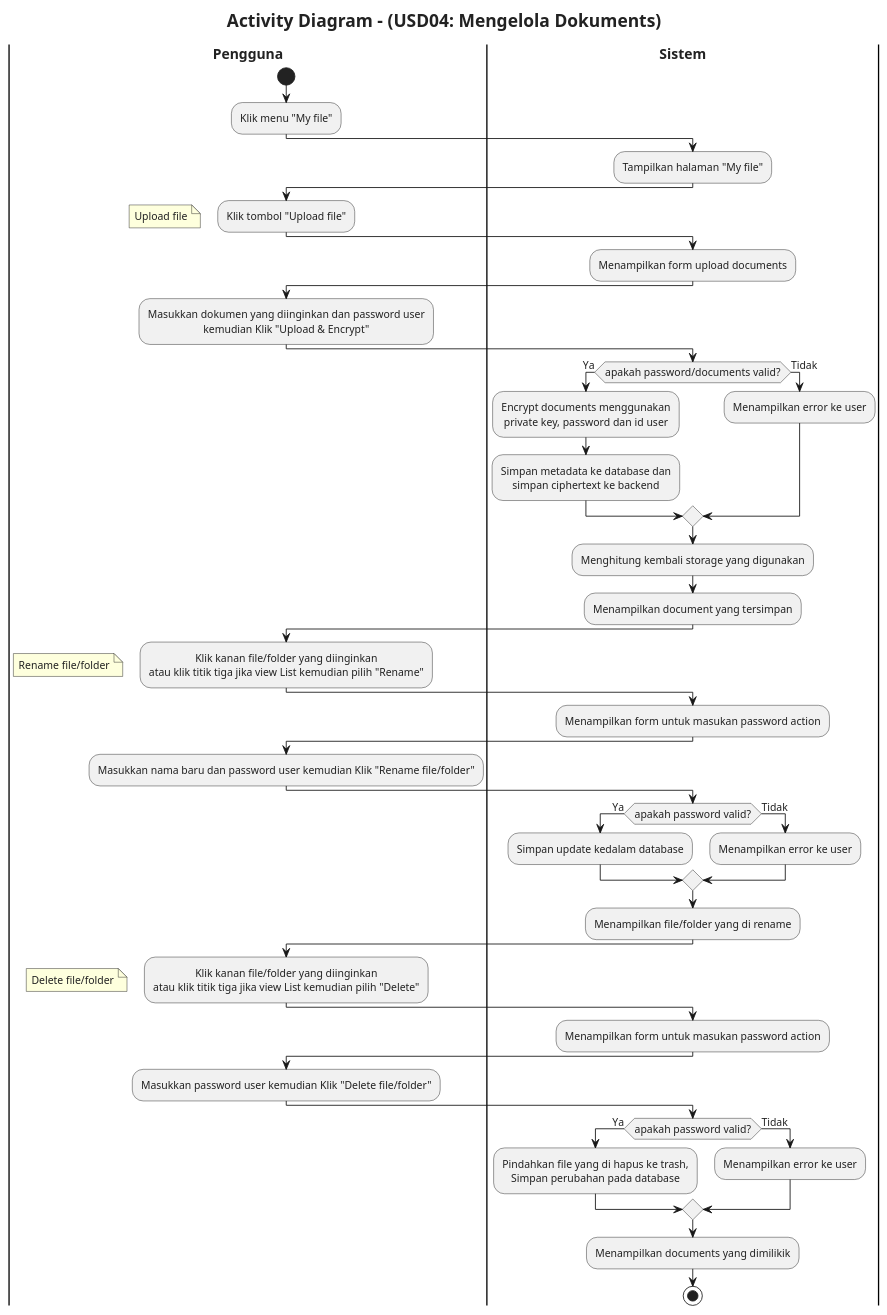
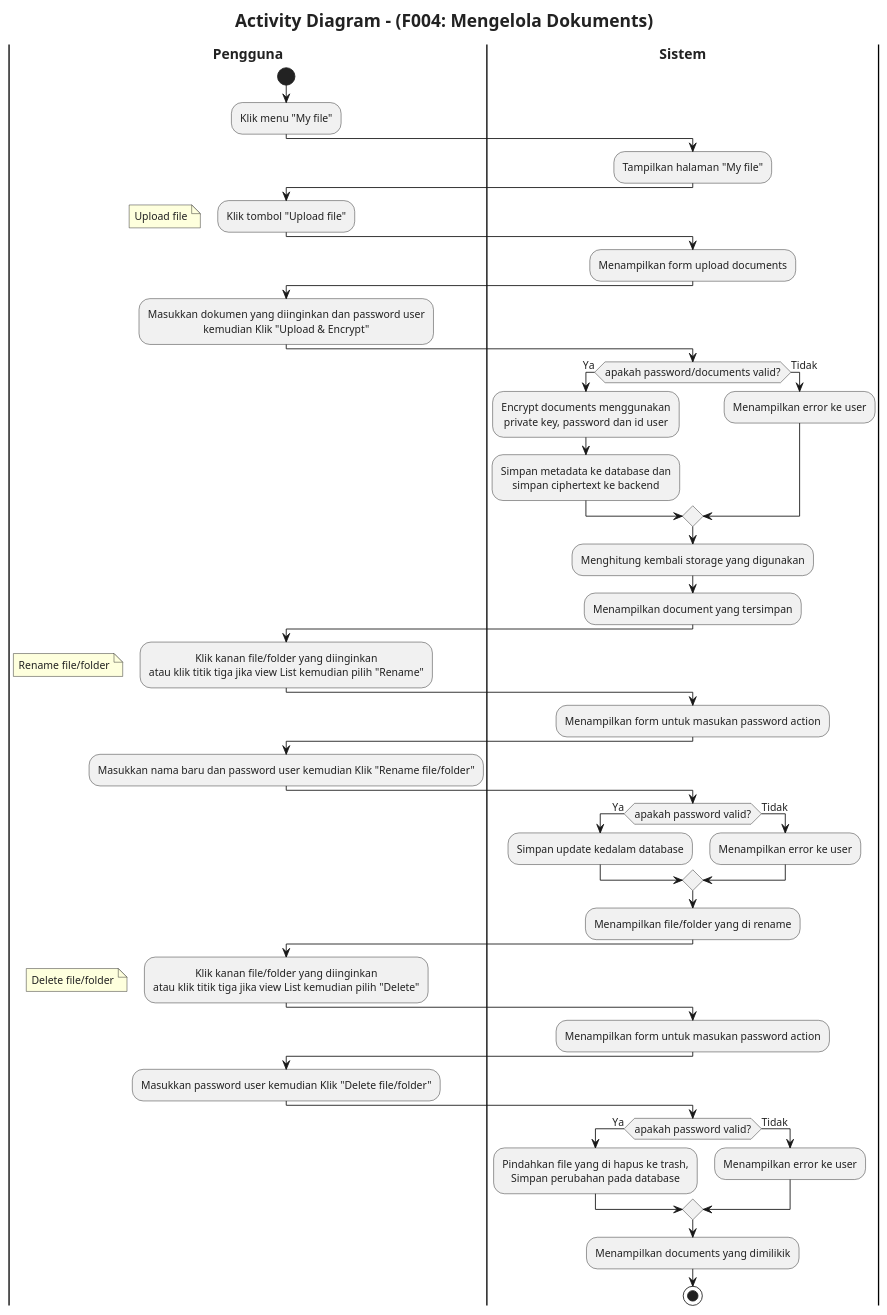
Before and after one commit to syafiq-ubay/walldoc-plantUML: the diagram in activity-diagram/04_Mengelola dokumen.puml, drawn with PlantUML. The commit also changed 12 other files, not shown here.

Commit message:
fiix code activity diagram

```diff
--- a/activity-diagram/04_Mengelola dokumen.puml
+++ b/activity-diagram/04_Mengelola dokumen.puml
@@ -1,71 +1,71 @@
 @startuml
 'https://plantuml.com/activity-diagram-beta
 skinparam defaultFontName "JetBrains Mono"
 skinparam defaultFontSize 12
 skinparam defaultFontColor #222222
 skinparam titleFontSize 20
 skinparam DefaultTextAlignment center
-title Activity Diagram - (USD04: Mengelola Dokuments)
+title Activity Diagram - (F004: Mengelola Dokuments)
 
 |<b><font size=16>Pengguna</font></b>|
 start
 :Klik menu "My file";
 |<b><font size=16>Sistem</font></b>|
 :Tampilkan halaman "My file";
 
     |<b><font size=16>Pengguna</font></b>|
     :Klik tombol "Upload file";
     floating note left: Upload file
     |<b><font size=16>Sistem</font></b>|
     :Menampilkan form upload documents;
     |<b><font size=16>Pengguna</font></b>|
     :Masukkan dokumen yang diinginkan dan password user
     kemudian Klik "Upload & Encrypt";
     |<b><font size=16>Sistem</font></b>|
     if (apakah password/documents valid?) then (Ya)
         :Encrypt documents menggunakan 
         private key, password dan id user;
         :Simpan metadata ke database dan
         simpan ciphertext ke backend;
         else (Tidak)
         :Menampilkan error ke user;
     endif
     :Menghitung kembali storage yang digunakan;
     :Menampilkan document yang tersimpan;
 
 |<b><font size=16>Pengguna</font></b>|
 :Klik kanan file/folder yang diinginkan
 atau klik titik tiga jika view List kemudian pilih "Rename";
 floating note left: Rename file/folder
 |<b><font size=16>Sistem</font></b>|
 :Menampilkan form untuk masukan password action;
 |<b><font size=16>Pengguna</font></b>|
 :Masukkan nama baru dan password user kemudian Klik "Rename file/folder";
 |<b><font size=16>Sistem</font></b>|
 if (apakah password valid?) then (Ya)
     :Simpan update kedalam database;
     else (Tidak)
     :Menampilkan error ke user;
 endif
     :Menampilkan file/folder yang di rename;
 
     |<b><font size=16>Pengguna</font></b>|
     :Klik kanan file/folder yang diinginkan
     atau klik titik tiga jika view List kemudian pilih "Delete";
     floating note left: Delete file/folder
     |<b><font size=16>Sistem</font></b>|
     :Menampilkan form untuk masukan password action;
     |<b><font size=16>Pengguna</font></b>|
     :Masukkan password user kemudian Klik "Delete file/folder";
     |<b><font size=16>Sistem</font></b>|
     if (apakah password valid?) then (Ya)
         :Pindahkan file yang di hapus ke trash,
         Simpan perubahan pada database;
         else (Tidak)
         :Menampilkan error ke user;
     endif
     :Menampilkan documents yang dimilikik;
 
 stop
 
 @enduml
```
